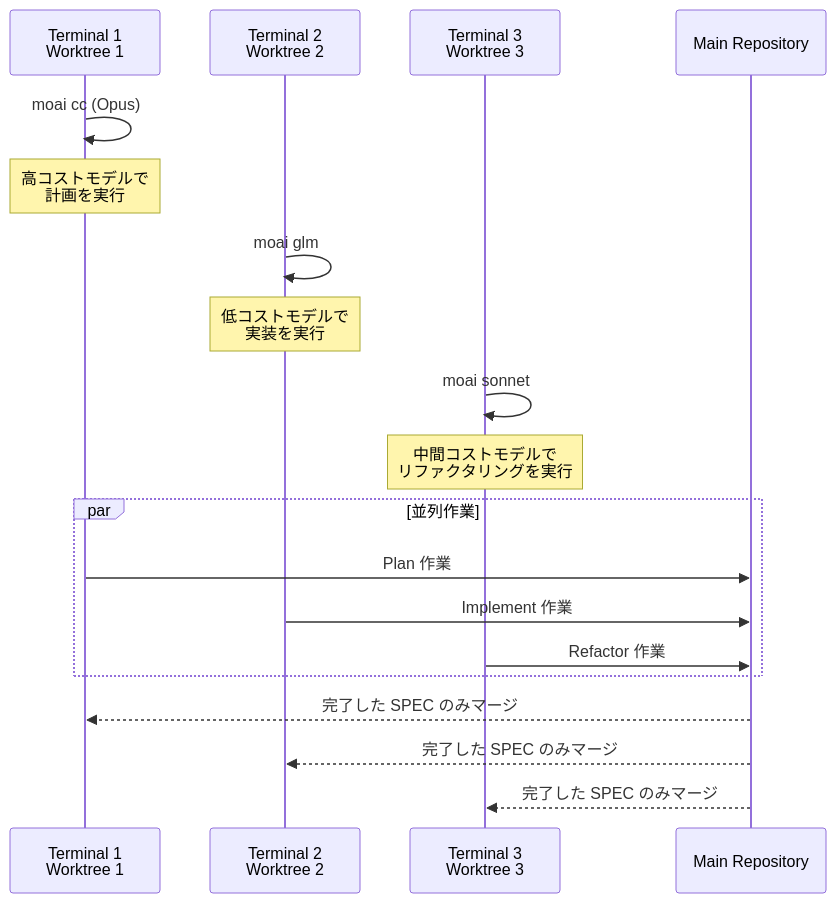
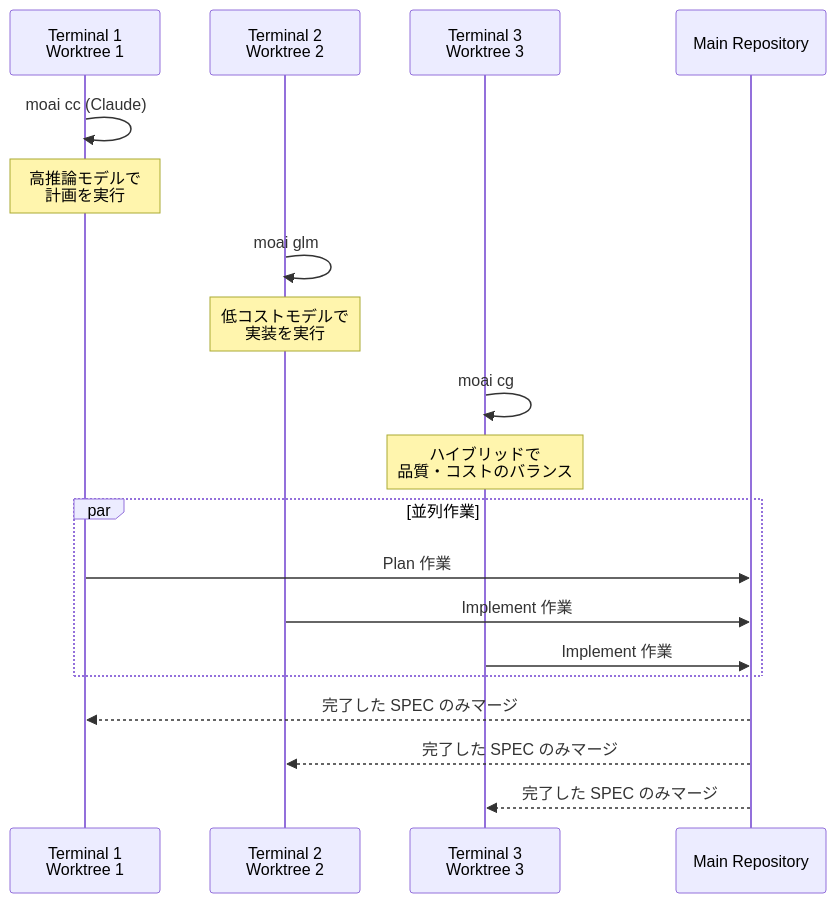
One commit to modu-ai/moai-adk changed the fourth of 6 diagrams in docs-site/content/ja/worktree/_index.md. Above: the diagram before and after it, drawn with Mermaid. The commit also changed other lines of this file and 395 other files, not shown here.

````diff
--- a/docs-site/content/ja/worktree/_index.md
+++ b/docs-site/content/ja/worktree/_index.md
@@ -169,26 +182,26 @@
 ```mermaid
 sequenceDiagram
     participant T1 as Terminal 1<br/>Worktree 1
     participant T2 as Terminal 2<br/>Worktree 2
     participant T3 as Terminal 3<br/>Worktree 3
     participant Main as Main Repository
 
-    T1->>T1: moai cc (Opus)
-    Note over T1: 高コストモデルで<br/>計画を実行
+    T1->>T1: moai cc (Claude)
+    Note over T1: 高推論モデルで<br/>計画を実行
 
     T2->>T2: moai glm
     Note over T2: 低コストモデルで<br/>実装を実行
 
-    T3->>T3: moai sonnet
-    Note over T3: 中間コストモデルで<br/>リファクタリングを実行
+    T3->>T3: moai cg
+    Note over T3: ハイブリッドで<br/>品質・コストのバランス
 
     par 並列作業
         T1->>Main: Plan 作業
         T2->>Main: Implement 作業
-        T3->>Main: Refactor 作業
+        T3->>Main: Implement 作業
     end
 
     Main-->>T1: 完了した SPEC のみマージ
     Main-->>T2: 完了した SPEC のみマージ
     Main-->>T3: 完了した SPEC のみマージ
 ```
````
